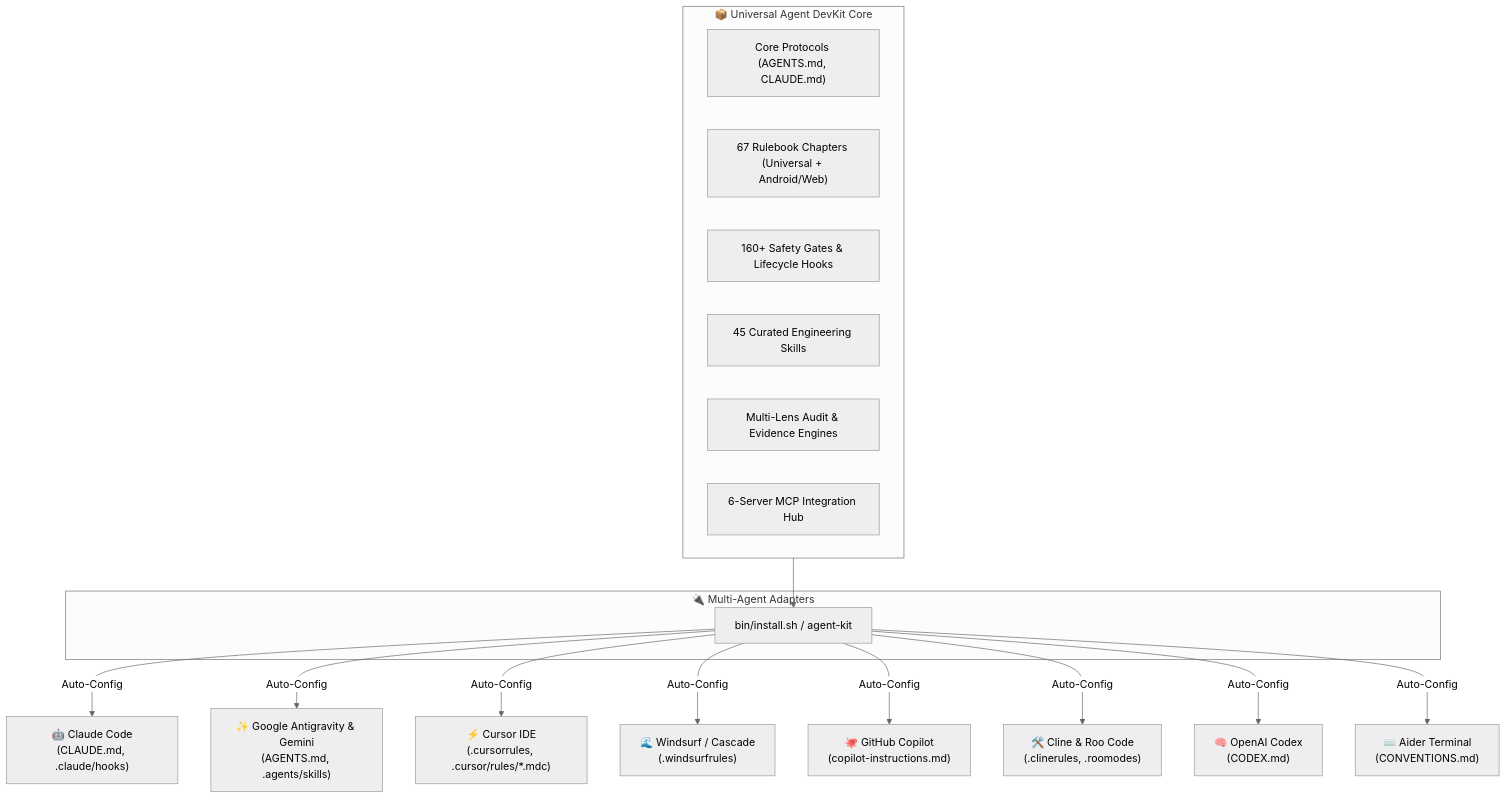
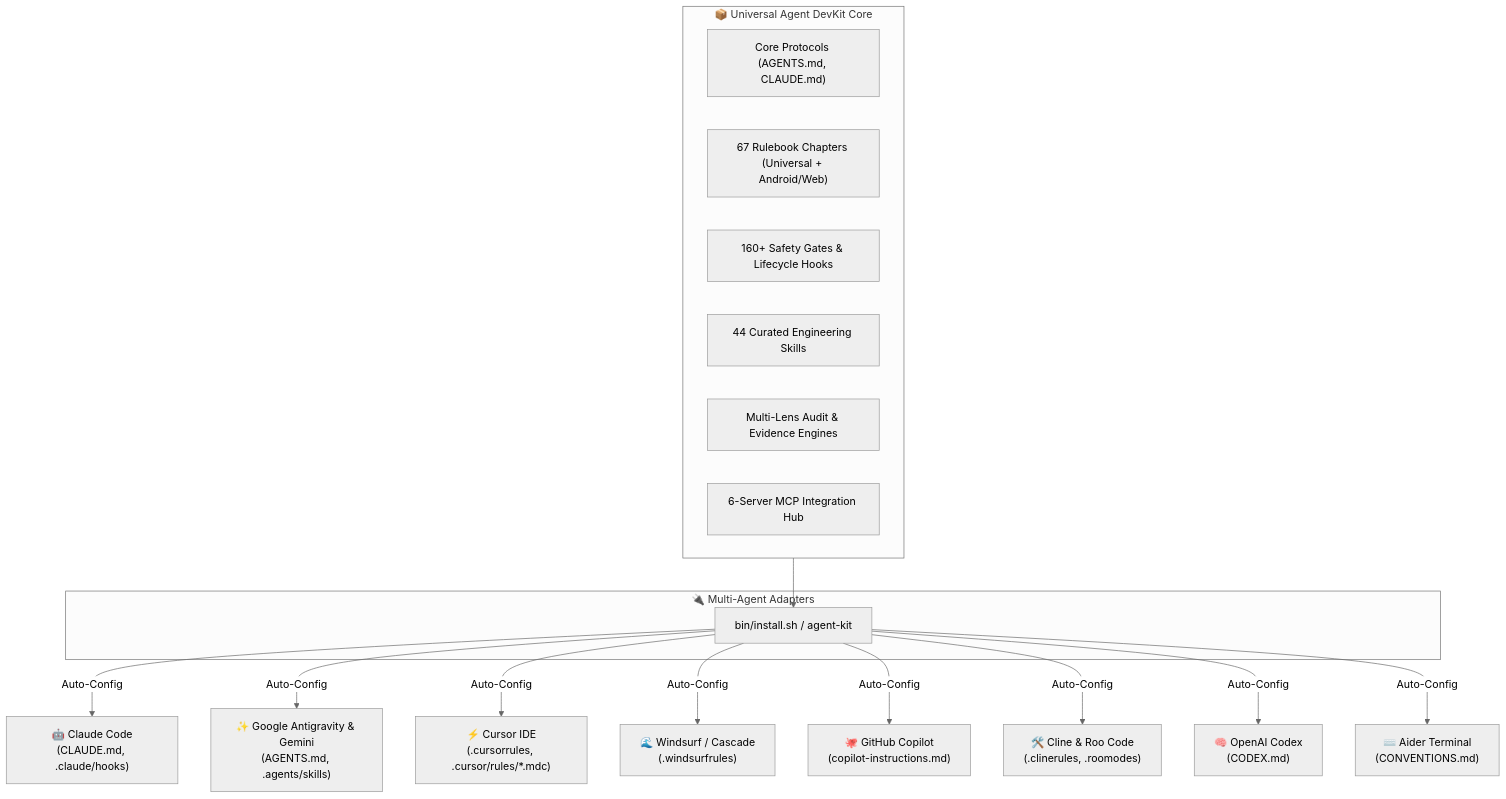
One commit to ToanMobile/universal-agent-devkit changed the diagram in README.md. Above: the diagram before and after it, drawn with Mermaid (neutral theme). The commit also changed other lines of this file and 34 other files, not shown here.

````diff
--- a/README.md
+++ b/README.md
@@ -95,26 +95,26 @@
 ```mermaid
 graph TD
     subgraph DevKit_Core ["📦 Universal Agent DevKit Core"]
         CoreRules["Core Protocols (AGENTS.md, CLAUDE.md)"]
         Rulebook["67 Rulebook Chapters (Universal + Android/Web)"]
         Gates["160+ Safety Gates & Lifecycle Hooks"]
-        SkillsCatalog["45 Curated Engineering Skills"]
+        SkillsCatalog["44 Curated Engineering Skills"]
         Workflows["Multi-Lens Audit & Evidence Engines"]
         MCPHub["6-Server MCP Integration Hub"]
     end
 
     subgraph Adapters ["🔌 Multi-Agent Adapters"]
         Installer["bin/install.sh / agent-kit"]
     end
 
     DevKit_Core --> Installer
 
     Installer -->|Auto-Config| Claude["🤖 Claude Code<br/>(CLAUDE.md, .claude/hooks)"]
     Installer -->|Auto-Config| Gemini["✨ Google Antigravity & Gemini<br/>(AGENTS.md, .agents/skills)"]
     Installer -->|Auto-Config| Cursor["⚡ Cursor IDE<br/>(.cursorrules, .cursor/rules/*.mdc)"]
     Installer -->|Auto-Config| Windsurf["🌊 Windsurf / Cascade<br/>(.windsurfrules)"]
     Installer -->|Auto-Config| Copilot["🐙 GitHub Copilot<br/>(copilot-instructions.md)"]
     Installer -->|Auto-Config| Cline["🛠️ Cline & Roo Code<br/>(.clinerules, .roomodes)"]
     Installer -->|Auto-Config| Codex["🧠 OpenAI Codex<br/>(CODEX.md)"]
     Installer -->|Auto-Config| Aider["⌨️ Aider Terminal<br/>(CONVENTIONS.md)"]
 ```
````
